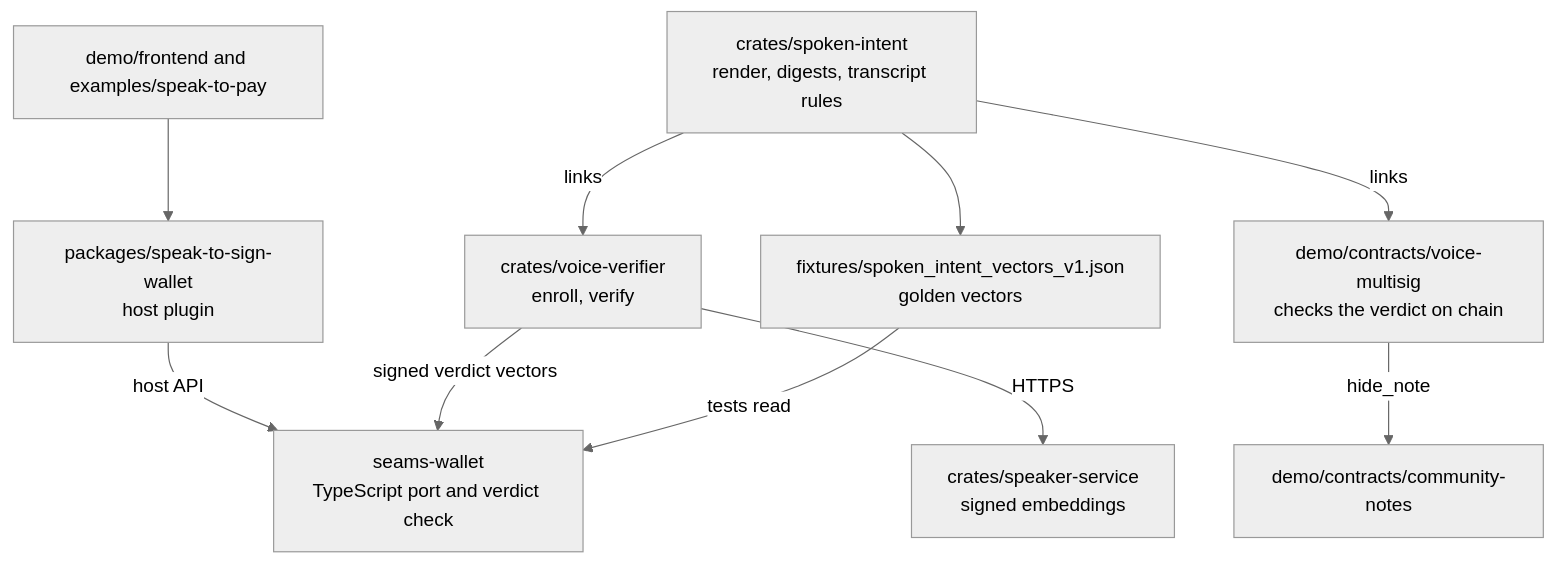
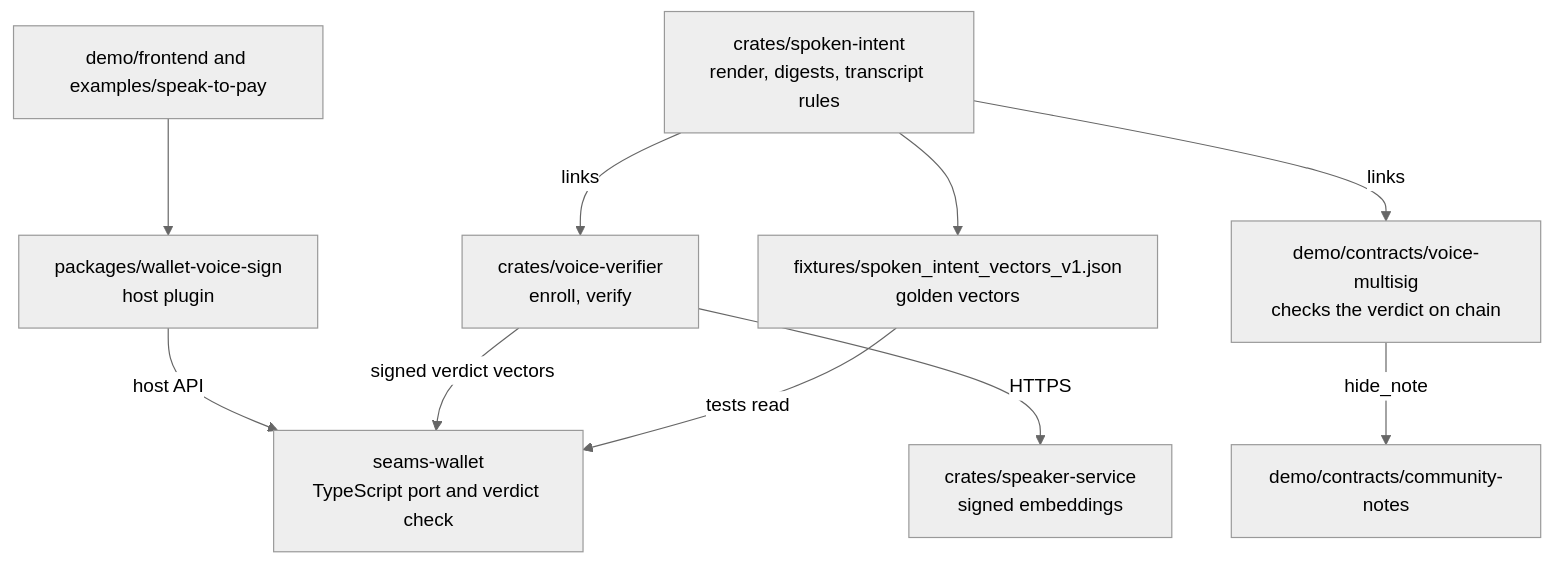
Before and after one commit to seams-tech/speak-to-sign: the second of 8 diagrams in docs/architecture.md, drawn with Mermaid (neutral theme). The commit also changed other lines of this file and 37 other files, not shown here.

First line of the commit message:
The Wallet plugin becomes @seams/wallet-voice-sign from 0.67.0

````diff
--- a/docs/architecture.md
+++ b/docs/architecture.md
@@ -61,22 +61,22 @@
 ```mermaid
 flowchart TB
   SI["crates/spoken-intent<br/>render, digests, transcript rules"]
   Vec["fixtures/spoken_intent_vectors_v1.json<br/>golden vectors"]
   VV["crates/voice-verifier<br/>enroll, verify"]
   SS["crates/speaker-service<br/>signed embeddings"]
   MS["demo/contracts/voice-multisig<br/>checks the verdict on chain"]
   CN["demo/contracts/community-notes"]
   WT["seams-wallet<br/>TypeScript port and verdict check"]
-  PL["packages/speak-to-sign-wallet<br/>host plugin"]
+  PL["packages/wallet-voice-sign<br/>host plugin"]
   FE["demo/frontend and examples/speak-to-pay"]
 
   SI --> Vec
   SI -->|links| VV
   SI -->|links| MS
   Vec -->|tests read| WT
   VV -->|signed verdict vectors| WT
   VV -->|HTTPS| SS
   PL -->|host API| WT
   FE --> PL
   MS -->|hide_note| CN
 ```
````
